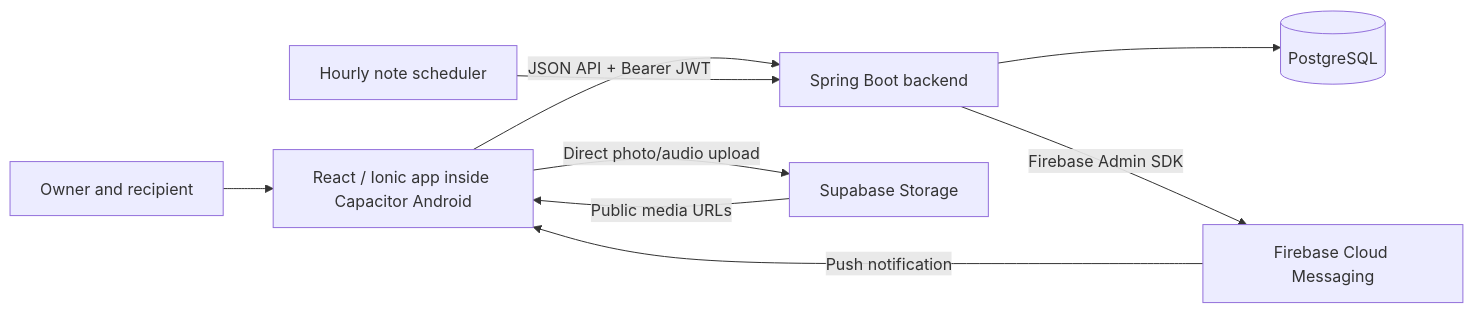
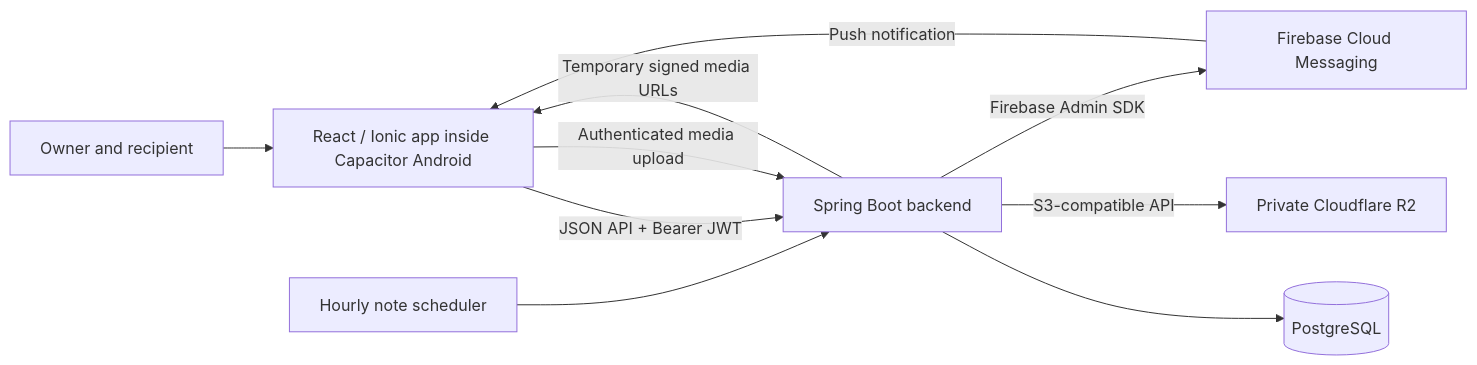
One commit to HmamaMed/ima-organizer changed the diagram in PROJECT_CONTEXT.md. Above: the diagram before and after it, drawn with Mermaid. The commit also changed other lines of this file and 337 other files, not shown here.

````diff
--- a/PROJECT_CONTEXT.md
+++ b/PROJECT_CONTEXT.md
@@ -163,11 +169,12 @@
 ```mermaid
 flowchart LR
     Users[Owner and recipient] --> App[React / Ionic app inside Capacitor Android]
     App -->|JSON API + Bearer JWT| API[Spring Boot backend]
     API --> DB[(PostgreSQL)]
-    App -->|Direct photo/audio upload| Storage[Supabase Storage]
-    Storage -->|Public media URLs| App
+    App -->|Authenticated media upload| API
+    API -->|S3-compatible API| Storage[Private Cloudflare R2]
+    API -->|Temporary signed media URLs| App
     Scheduler[Hourly note scheduler] --> API
     API -->|Firebase Admin SDK| FCM[Firebase Cloud Messaging]
     FCM -->|Push notification| App
 ```
````
